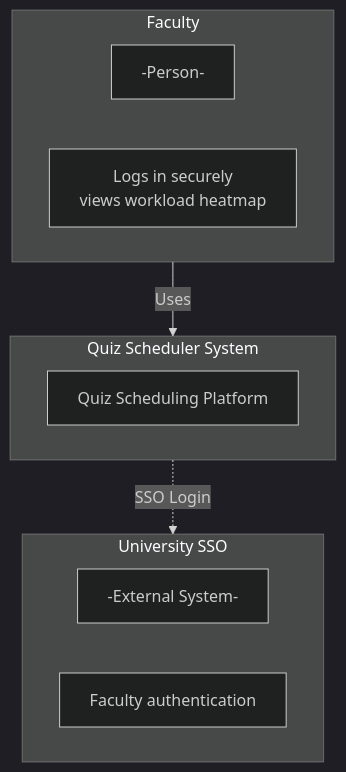
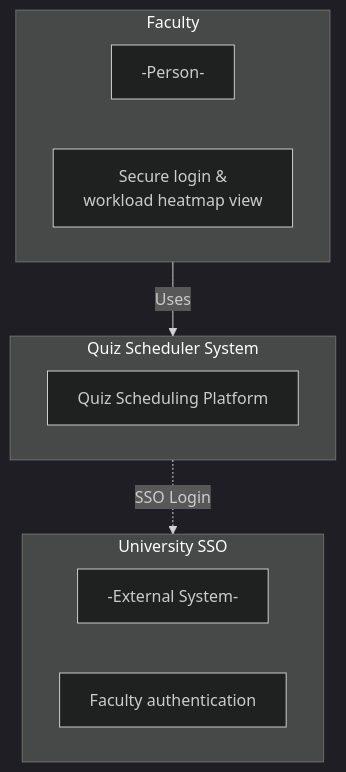
The first of 3 diagrams in 03-tech-stack.md (csf314-2026/docs_BROCODE-RS), drawn with Mermaid (dark theme) before and after one commit. The commit also changed other lines of this file, not shown here.

````diff
--- a/03-tech-stack.md
+++ b/03-tech-stack.md
@@ -16,19 +17,19 @@
 ```mermaid
 graph TB
   subgraph faculty["Faculty"]
     F1[-Person-]
-    F2[Logs in securely<br/>views workload heatmap]
+    F2[Secure login &<br/>workload heatmap view]
   end
 
   subgraph system["Quiz Scheduler System"]
     SYS[Quiz Scheduling Platform]
   end
 
   subgraph sso["University SSO"]
     U1[-External System-]
     U2[Faculty authentication]
   end
 
   faculty -->|"Uses"| system
   system -.->|"SSO Login"| sso
 ```
````
